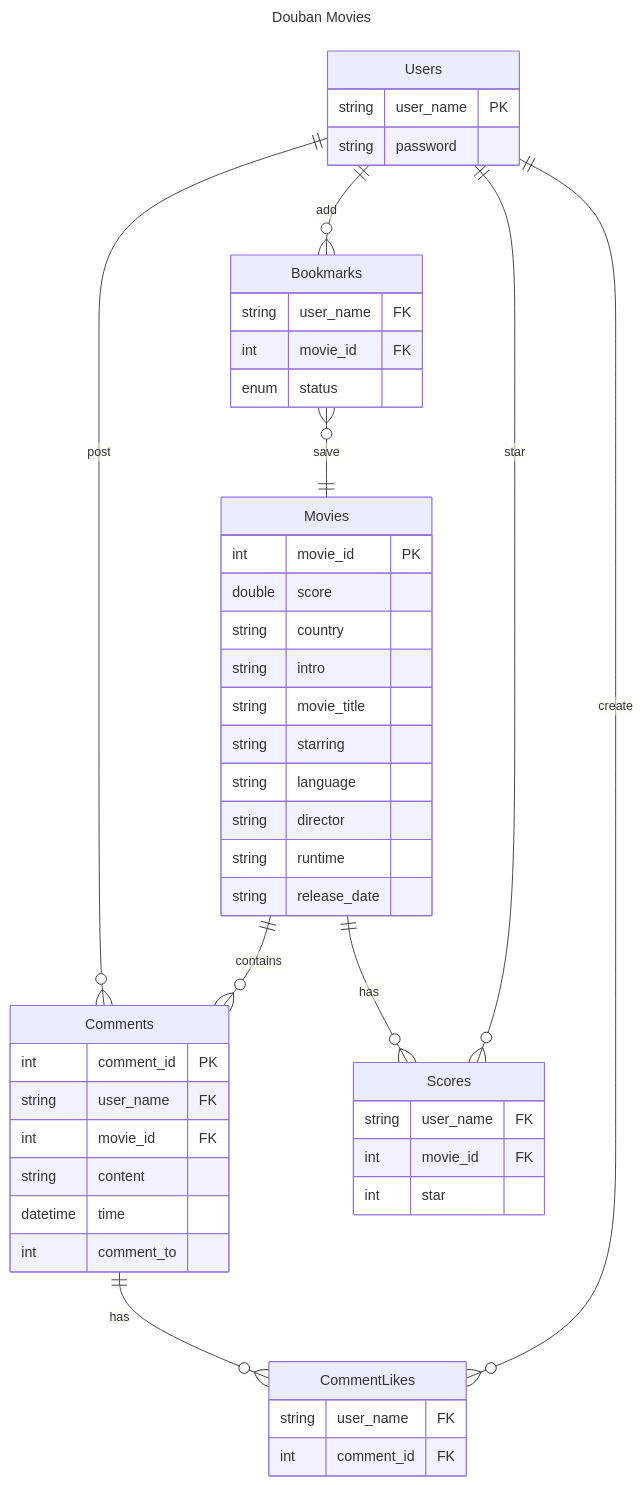
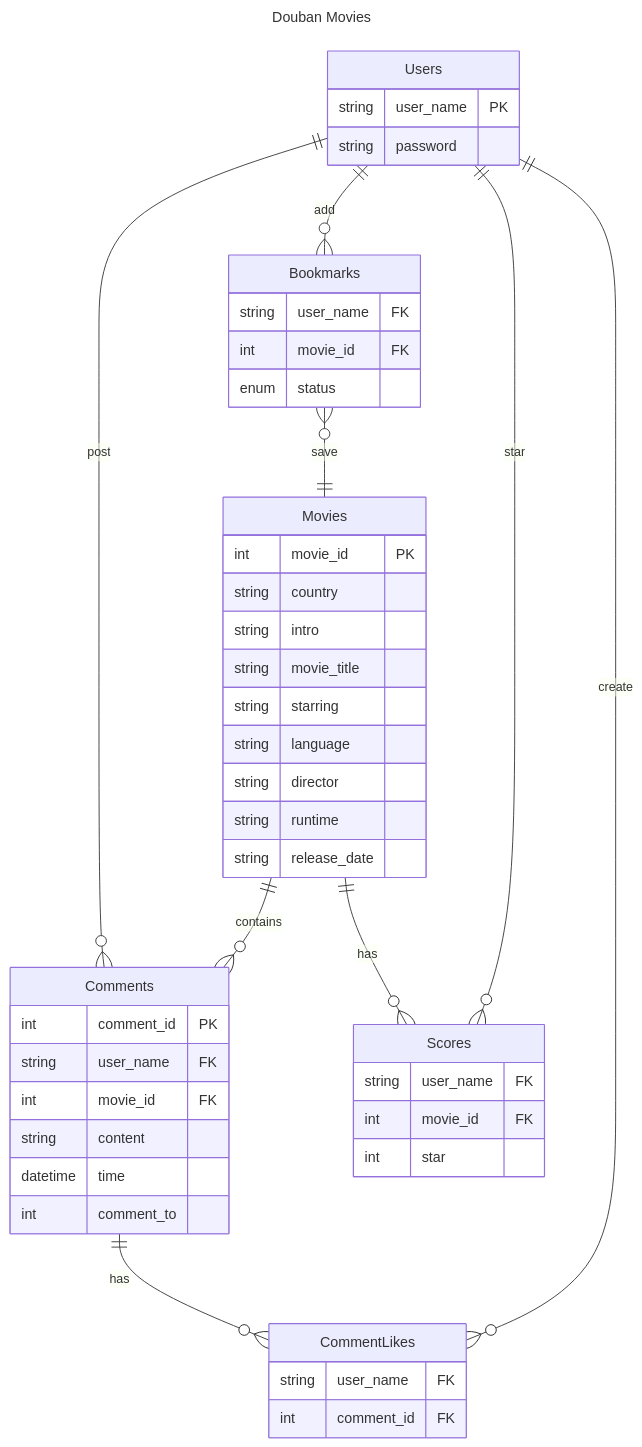
The diagram in README.md (KelvinQiu802/douban-comp2013j-server), drawn with Mermaid before and after one commit.

Commit message:
docs: remove score from movies

````diff
--- a/README.md
+++ b/README.md
@@ -18,58 +18,57 @@
 ```mermaid
 ---
 title: Douban Movies
 ---
 erDiagram
 		Movies ||--o{ Comments : contains
 		Comments ||--o{ CommentLikes : has
 		Users ||--o{ Comments : post
 		Users ||--o{ Bookmarks : add
 		Bookmarks }o--|| Movies : save
 		Users ||--o{ Scores : star
 		Movies ||--o{ Scores : has
 		Users ||--o{ CommentLikes : create
 
 		Movies {
 			int movie_id PK
-			double score
 			string country
 			string intro
 			string movie_title
 			string starring
 			string language
 			string director
 			string runtime
 			string release_date
 		}
 		
 		Users {
 			string user_name PK
 			string password
 		}
 		
 		Scores {
 			string user_name FK
 			int movie_id FK
 			int star
 		}
 		
 		Bookmarks {
 			string user_name FK
 			int movie_id FK
 			enum status
 		}
 		
 		Comments {
 			int comment_id PK
 			string user_name FK
 			int movie_id FK
 			string content
 			datetime time
 			int comment_to
 		}
 		
 		CommentLikes {
 			string user_name FK
 			int comment_id FK
 		}
 ```
````
